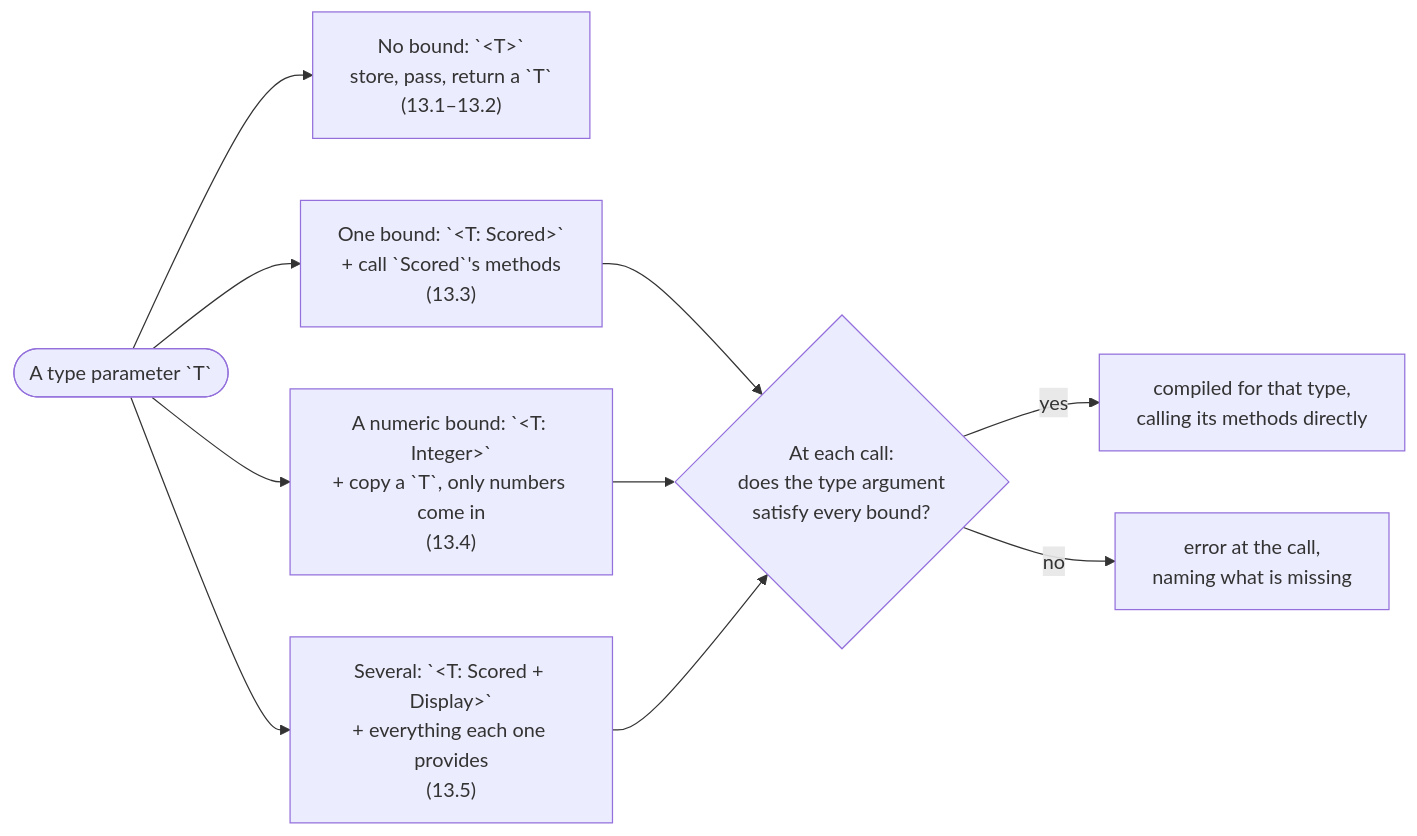
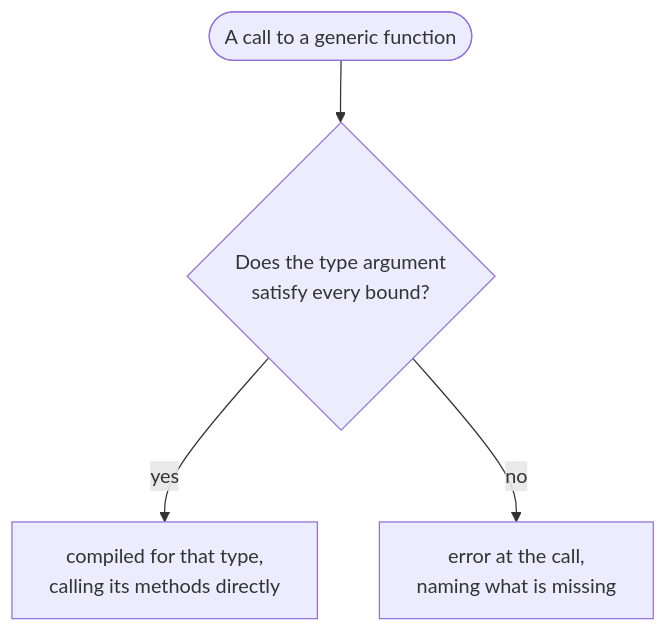
One commit to rux-lang/Web changed the diagram in content/docs/1.learn/13.generics/00.index.md. Above: the diagram before and after it, drawn with Mermaid. The commit also changed 46 other files, not shown here.

First line of the commit message:
Fit the course diagrams on phone screens

````diff
--- a/content/docs/1.learn/13.generics/00.index.md
+++ b/content/docs/1.learn/13.generics/00.index.md
@@ -27,12 +27,6 @@
 ```mermaid
-flowchart LR
-    t(["A type parameter `T`"]) --> none["No bound: `&lt;T&gt;`<br/>store, pass, return a `T`<br/>(13.1–13.2)"]
-    t --> one["One bound: `&lt;T: Scored&gt;`<br/>+ call `Scored`'s methods<br/>(13.3)"]
-    t --> num["A numeric bound: `&lt;T: Integer&gt;`<br/>+ copy a `T`, only numbers come in<br/>(13.4)"]
-    t --> two["Several: `&lt;T: Scored + Display&gt;`<br/>+ everything each one provides<br/>(13.5)"]
-    one --> invoke{"At each call:<br/>does the type argument<br/>satisfy every bound?"}
-    num --> invoke
-    two --> invoke
+flowchart TD
+    call(["A call to a generic function"]) --> invoke{"Does the type argument<br/>satisfy every bound?"}
     invoke -- "yes" --> ok["compiled for that type,<br/>calling its methods directly"]
     invoke -- "no" --> err["error at the call,<br/>naming what is missing"]
 ```
````
